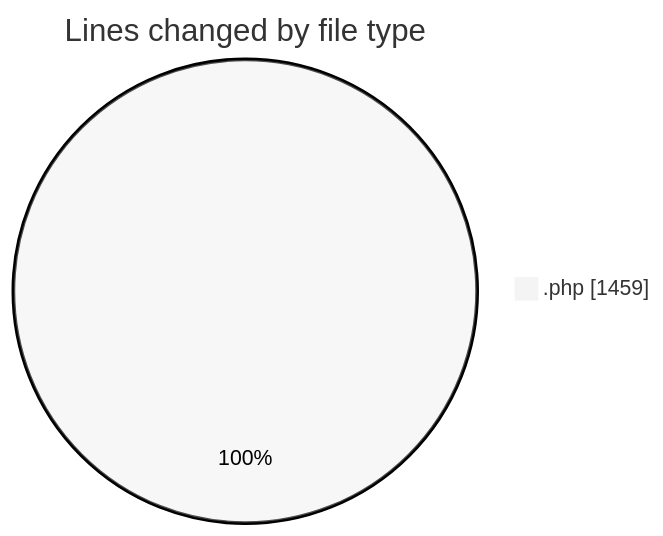
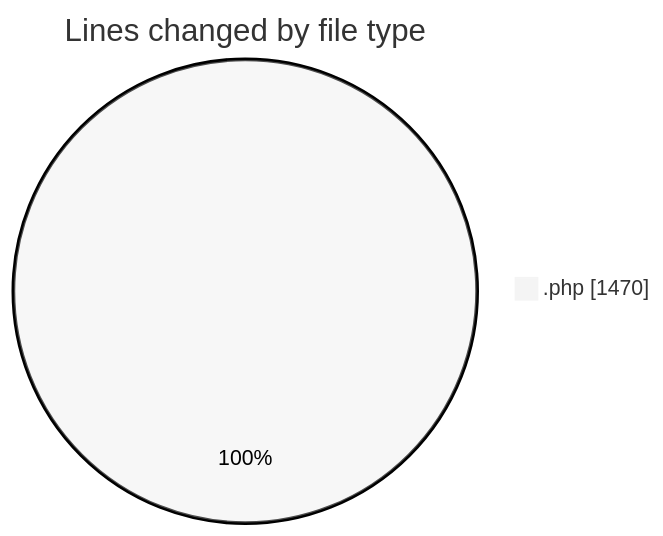
The first of 2 diagrams in 2025-10-04/shop/README.md (vahidmafi/code-tracking), drawn with Mermaid (neutral theme) before and after one commit. The commit also changed other lines of this file and 1 other file, not shown here.

````diff
--- a/2025-10-04/shop/README.md
+++ b/2025-10-04/shop/README.md
@@ -24,5 +24,5 @@
 ```mermaid
 pie showData
 title Lines changed by file type
-".php" : 1459
+".php" : 1470
 ```
````
